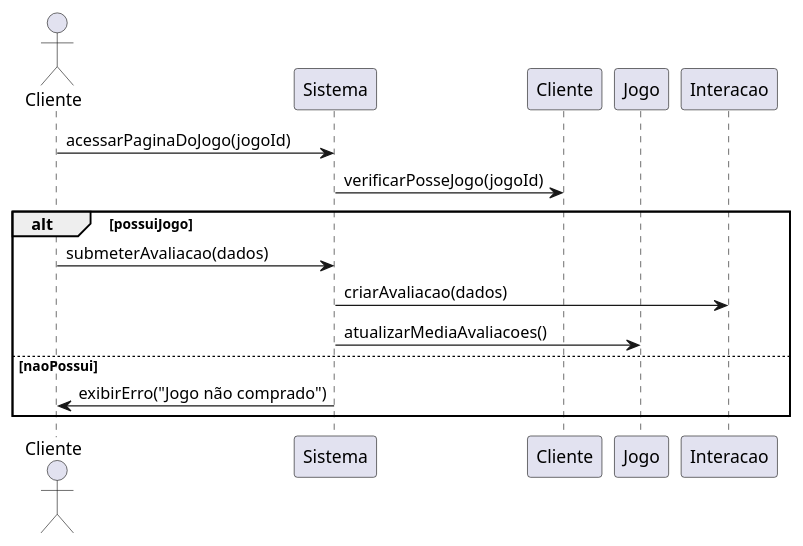
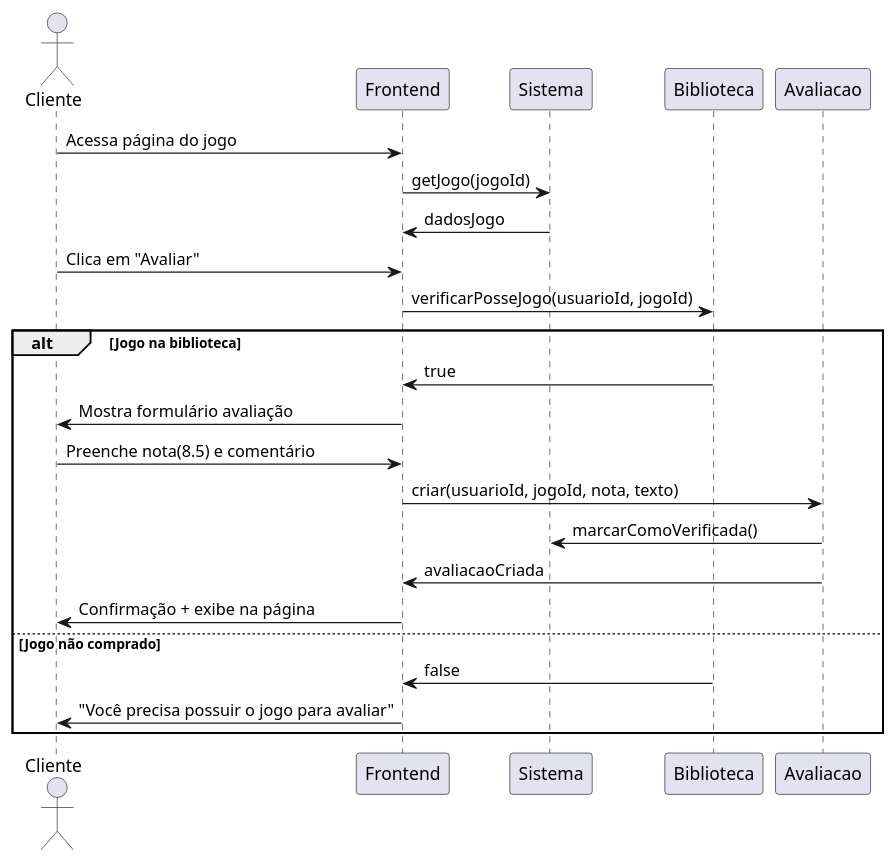
Before and after one commit to fatec-project/lm-projeto-interdisciplinar-sem-5: the diagram in diagramas/sequencia/avaliacao-jogo.puml, drawn with PlantUML.

Commit message:
Atualiza diagrama de sequência de avaliação

```diff
--- a/diagramas/sequencia/avaliacao-jogo.puml
+++ b/diagramas/sequencia/avaliacao-jogo.puml
@@ -1,17 +1,26 @@
-@startuml avaliacao-jogo
+@startuml sequence_avaliacao
 actor Cliente
-participant "Sistema" as Sistema
-participant "Cliente" as ClienteEntidade
-participant "Jogo" as Jogo
-participant "Interacao" as Interacao
+participant "Frontend" as FE
+participant Sistema
+participant Biblioteca
+participant Avaliacao
 
-Cliente -> Sistema : acessarPaginaDoJogo(jogoId)
-Sistema -> ClienteEntidade : verificarPosseJogo(jogoId)
-alt possuiJogo
-    Cliente -> Sistema : submeterAvaliacao(dados)
-    Sistema -> Interacao : criarAvaliacao(dados)
-    Sistema -> Jogo : atualizarMediaAvaliacoes()
-else naoPossui
-    Sistema -> Cliente : exibirErro("Jogo não comprado")
+Cliente -> FE: Acessa página do jogo
+FE -> Sistema: getJogo(jogoId)
+Sistema -> FE: dadosJogo
+
+Cliente -> FE: Clica em "Avaliar"
+FE -> Biblioteca: verificarPosseJogo(usuarioId, jogoId)
+alt Jogo na biblioteca
+    Biblioteca -> FE: true
+    FE -> Cliente: Mostra formulário avaliação
+    Cliente -> FE: Preenche nota(8.5) e comentário
+    FE -> Avaliacao: criar(usuarioId, jogoId, nota, texto)
+    Avaliacao -> Sistema: marcarComoVerificada()
+    Avaliacao -> FE: avaliacaoCriada
+    FE -> Cliente: Confirmação + exibe na página
+else Jogo não comprado
+    Biblioteca -> FE: false
+    FE -> Cliente: "Você precisa possuir o jogo para avaliar"
 end
 @enduml
```
